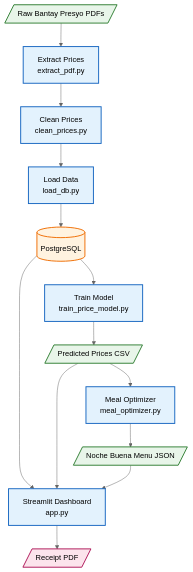
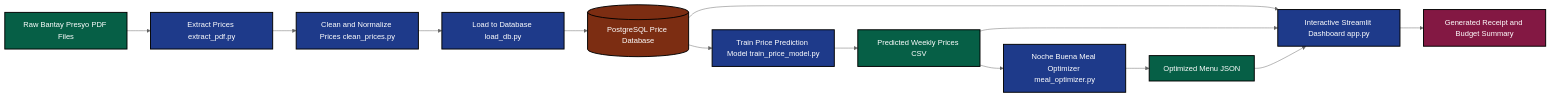
One commit to CalistaJajalla/nochebuena-budget-tracker changed the diagram in README.md. Above: the diagram before and after it, drawn with Mermaid (neutral theme).

`````diff
--- a/README.md
+++ b/README.md
@@ -36,39 +36,39 @@
 ```mermaid
-flowchart TD
+flowchart LR
 
-    %% ===== STYLES =====
-    classDef process fill:#E3F2FD,stroke:#1565C0,stroke-width:2px;
-    classDef data fill:#E8F5E9,stroke:#2E7D32,stroke-width:2px;
-    classDef storage fill:#FFF3E0,stroke:#EF6C00,stroke-width:2px;
-    classDef output fill:#FCE4EC,stroke:#AD1457,stroke-width:2px;
+    %% ===== STYLES (HIGH CONTRAST) =====
+    classDef process fill:#1E3A8A,color:#FFFFFF,stroke:#000000,stroke-width:2px;
+    classDef data fill:#065F46,color:#FFFFFF,stroke:#000000,stroke-width:2px;
+    classDef storage fill:#7C2D12,color:#FFFFFF,stroke:#000000,stroke-width:2px;
+    classDef output fill:#831843,color:#FFFFFF,stroke:#000000,stroke-width:2px;
 
     %% ===== INPUT =====
-    A[/Raw Bantay Presyo PDFs/]:::data
+    A[Raw Bantay Presyo PDF Files]:::data
 
     %% ===== ETL =====
-    B[Extract Prices\nextract_pdf.py]:::process
-    C[Clean Prices\nclean_prices.py]:::process
-    D[Load Data\nload_db.py]:::process
+    B[Extract Prices extract_pdf.py]:::process
+    C[Clean and Normalize Prices clean_prices.py]:::process
+    D[Load to Database load_db.py]:::process
 
     %% ===== DATABASE =====
-    DB[(PostgreSQL)]:::storage
+    DB[(PostgreSQL Price Database)]:::storage
 
-    %% ===== ML & OPTIMIZER =====
-    E[Train Model\ntrain_price_model.py]:::process
-    F[/Predicted Prices CSV/]:::data
-    G[Meal Optimizer\nmeal_optimizer.py]:::process
-    H[/Noche Buena Menu JSON/]:::data
+    %% ===== ANALYTICS =====
+    E[Train Price Prediction Model train_price_model.py]:::process
+    F[Predicted Weekly Prices CSV]:::data
+    G[Noche Buena Meal Optimizer meal_optimizer.py]:::process
+    H[Optimized Menu JSON]:::data
 
     %% ===== DASHBOARD =====
-    I[Streamlit Dashboard\napp.py]:::process
-    J[/Receipt PDF/]:::output
+    I[Interactive Streamlit Dashboard app.py]:::process
+    J[Generated Receipt and Budget Summary]:::output
 
     %% ===== FLOW =====
     A --> B --> C --> D --> DB
     DB --> E --> F
     F --> G --> H
     DB --> I
     F --> I
     H --> I
     I --> J
 ````
`````
